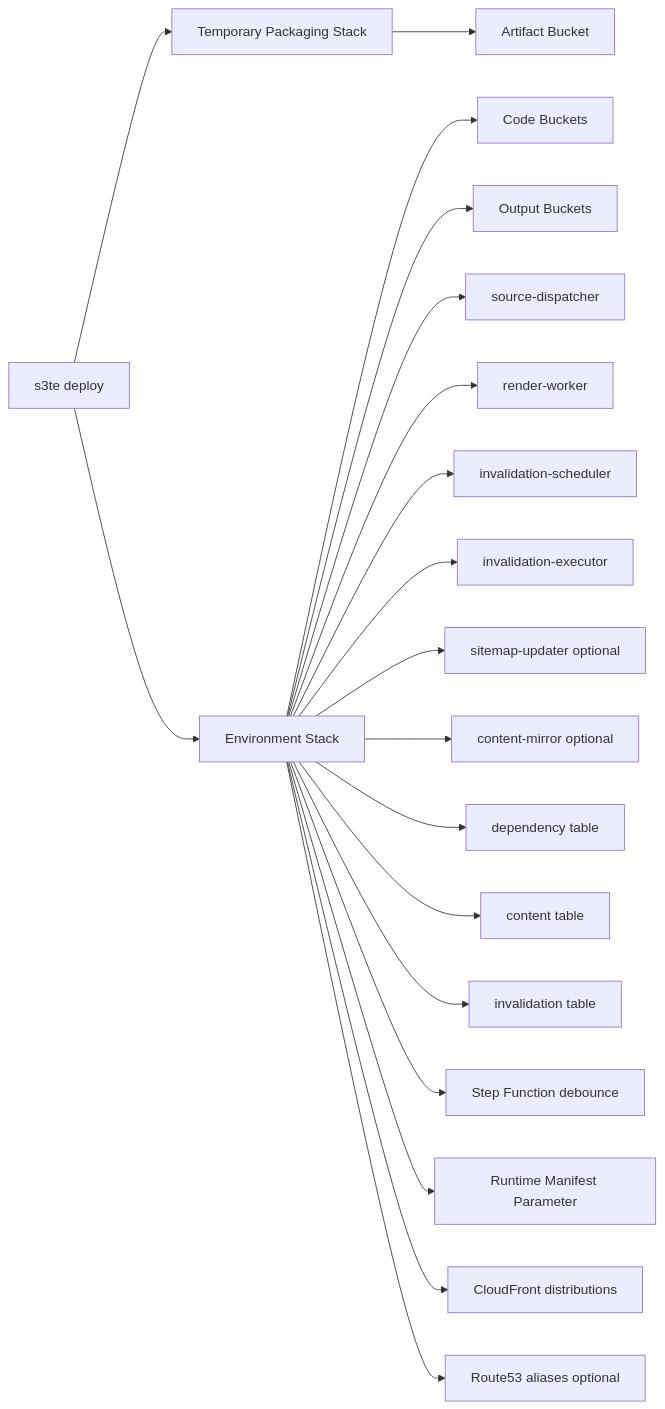
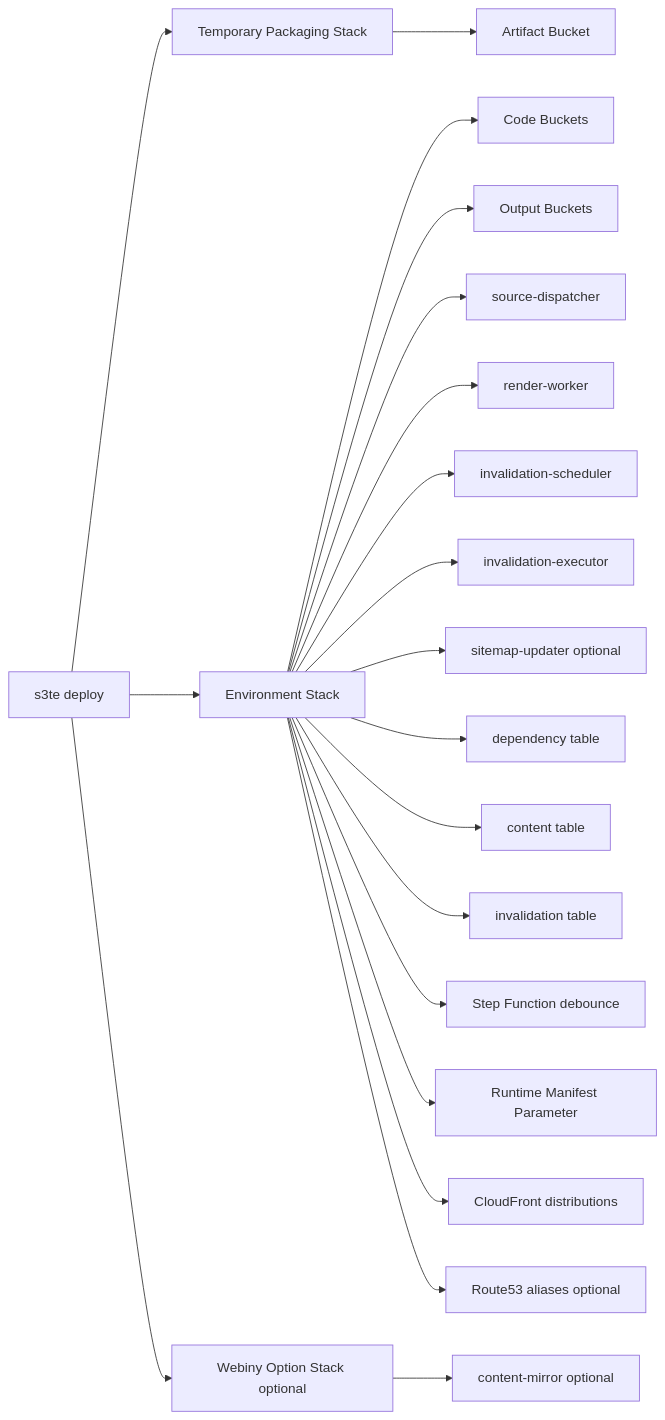
Before and after one commit to ProjectDocHelp/S3TemplateEngine: the first of 3 diagrams in docs/aws-runtime.md, drawn with Mermaid. The commit also changed other lines of this file and 16 other files, not shown here.

````diff
--- a/docs/aws-runtime.md
+++ b/docs/aws-runtime.md
@@ -38,21 +38,22 @@
 ```mermaid
 flowchart LR
   CLI[s3te deploy] --> TCF[Temporary Packaging Stack]
   CLI --> ECF[Environment Stack]
+  CLI --> WOF[Webiny Option Stack optional]
   TCF --> AB[Artifact Bucket]
   ECF --> CB[Code Buckets]
   ECF --> OB[Output Buckets]
   ECF --> L1[source-dispatcher]
   ECF --> L2[render-worker]
   ECF --> L3[invalidation-scheduler]
   ECF --> L4[invalidation-executor]
   ECF --> L5[sitemap-updater optional]
-  ECF --> L6[content-mirror optional]
   ECF --> D1[dependency table]
   ECF --> D2[content table]
   ECF --> D3[invalidation table]
   ECF --> SFN[Step Function debounce]
   ECF --> SSM[Runtime Manifest Parameter]
   ECF --> CDN[CloudFront distributions]
   ECF --> DNS[Route53 aliases optional]
+  WOF --> L6[content-mirror optional]
 ```
````
